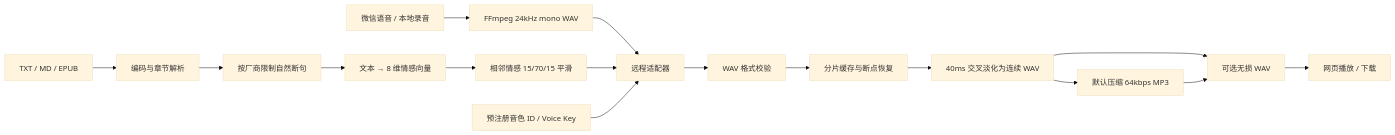
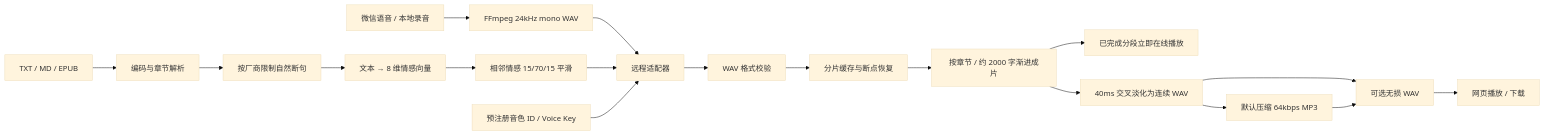
Before and after one commit to milkgod722/novel-voice-studio: the diagram in docs/TECHNICAL_DESIGN.md, drawn with Mermaid (base theme). The commit also changed other lines of this file and 15 other files, not shown here.

````diff
--- a/docs/TECHNICAL_DESIGN.md
+++ b/docs/TECHNICAL_DESIGN.md
@@ -39,18 +39,20 @@
 ```mermaid
 flowchart LR
   A["微信语音 / 本地录音"] --> B["FFmpeg 24kHz mono WAV"]
   C["TXT / MD / EPUB"] --> D["编码与章节解析"]
   D --> E["按厂商限制自然断句"]
   E --> F["文本 → 8 维情感向量"]
   F --> S["相邻情感 15/70/15 平滑"]
   B --> G["远程适配器"]
   S --> G
   H["预注册音色 ID / Voice Key"] --> G
   G --> I["WAV 格式校验"]
   I --> J["分片缓存与断点恢复"]
-  J --> K["40ms 交叉淡化为连续 WAV"]
+  J --> P["按章节 / 约 2000 字渐进成片"]
+  P --> Q["已完成分段立即在线播放"]
+  P --> K["40ms 交叉淡化为连续 WAV"]
   K --> M["默认压缩 64kbps MP3"]
   K --> L["可选无损 WAV"]
   M --> L
   L --> N["网页播放 / 下载"]
 ```
````
